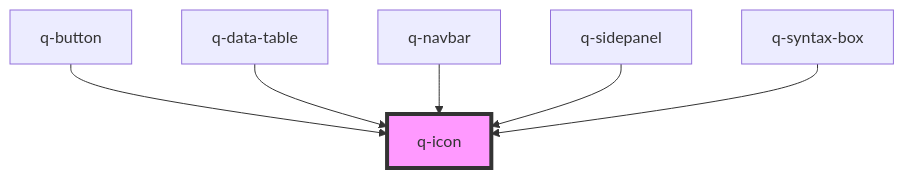
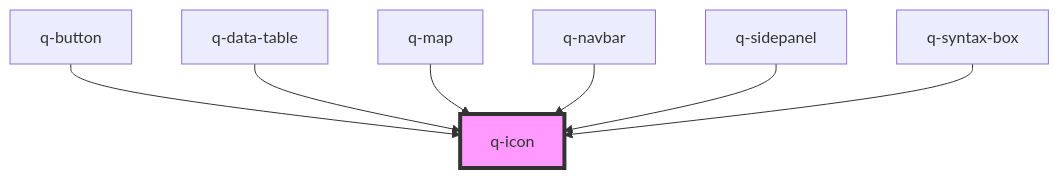
One commit to XsAndre-L/WebQuark changed the diagram in src/components/media/icon/readme.md. Above: the diagram before and after it, drawn with Mermaid. The commit also changed other lines of this file and 13 other files, not shown here.

````diff
--- a/src/components/media/icon/readme.md
+++ b/src/components/media/icon/readme.md
@@ -46,9 +47,10 @@
 ```mermaid
 graph TD;
   q-button --> q-icon
   q-data-table --> q-icon
+  q-map --> q-icon
   q-navbar --> q-icon
   q-sidepanel --> q-icon
   q-syntax-box --> q-icon
   style q-icon fill:#f9f,stroke:#333,stroke-width:4px
 ```
````
